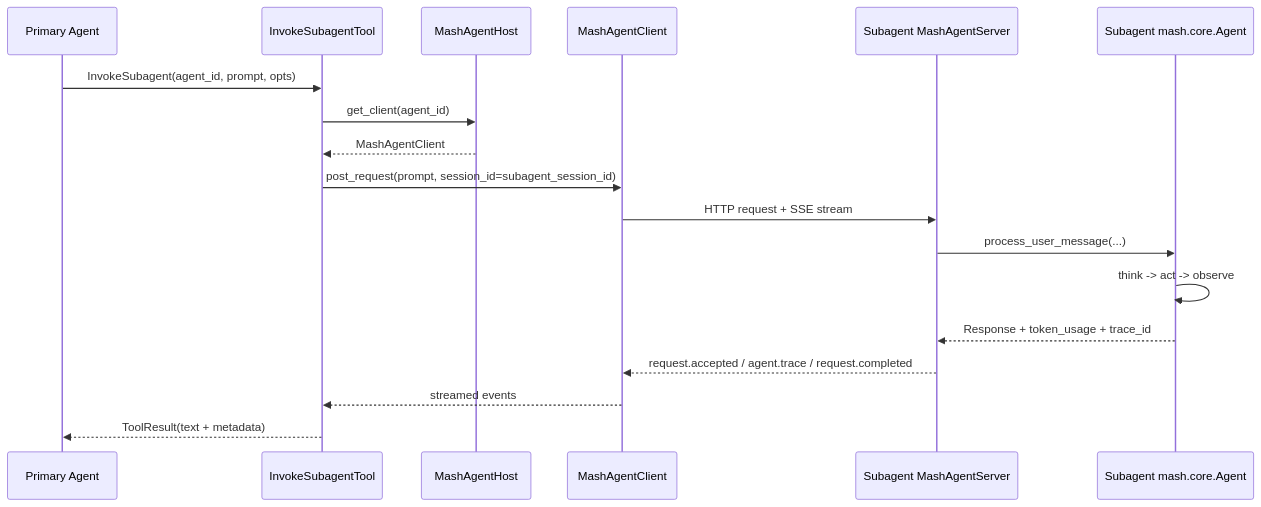
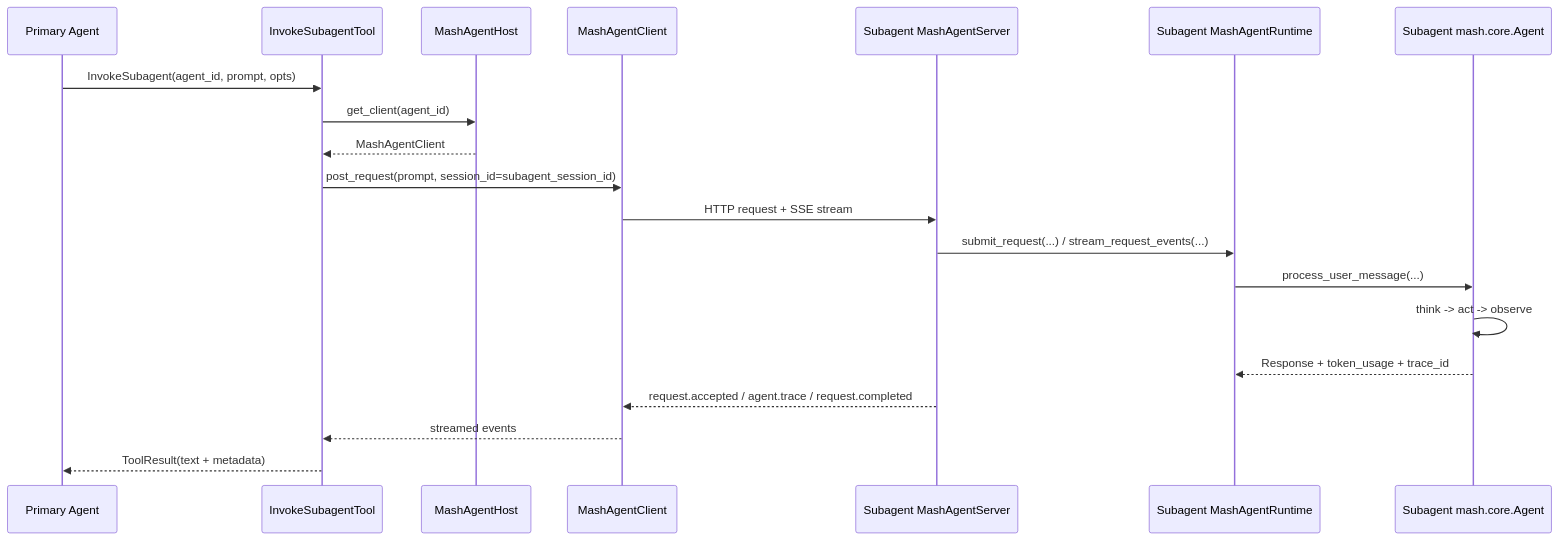
One commit to imsid/mashpy changed the third of 3 diagrams in README.md. Above: the diagram before and after it, drawn with Mermaid. The commit also changed other lines of this file and 52 other files, not shown here.

````diff
--- a/README.md
+++ b/README.md
@@ -199,21 +206,23 @@
 ```mermaid
 sequenceDiagram
     participant Primary as Primary Agent
     participant Tool as InvokeSubagentTool
     participant Host as MashAgentHost
     participant Client as MashAgentClient
     participant Server as Subagent MashAgentServer
+    participant Runtime as Subagent MashAgentRuntime
     participant Subagent as Subagent mash.core.Agent
 
     Primary->>Tool: InvokeSubagent(agent_id, prompt, opts)
     Tool->>Host: get_client(agent_id)
     Host-->>Tool: MashAgentClient
     Tool->>Client: post_request(prompt, session_id=subagent_session_id)
     Client->>Server: HTTP request + SSE stream
-    Server->>Subagent: process_user_message(...)
+    Server->>Runtime: submit_request(...) / stream_request_events(...)
+    Runtime->>Subagent: process_user_message(...)
     Subagent->>Subagent: think -> act -> observe
-    Subagent-->>Server: Response + token_usage + trace_id
+    Subagent-->>Runtime: Response + token_usage + trace_id
     Server-->>Client: request.accepted / agent.trace / request.completed
     Client-->>Tool: streamed events
     Tool-->>Primary: ToolResult(text + metadata)
 ```
````
